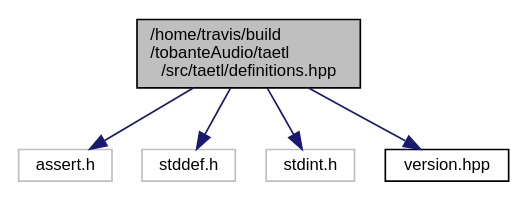
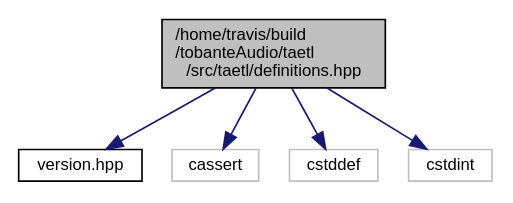
The diagram in definitions_8hpp__incl.dot (tobanteAudio/taetl), drawn with Graphviz before and after one commit. The commit also changed 38 other files, not shown here.

```diff
--- a/definitions_8hpp__incl.dot
+++ b/definitions_8hpp__incl.dot
@@ -1,14 +1,14 @@
 digraph "/home/travis/build/tobanteAudio/taetl/src/taetl/definitions.hpp"
 {
   edge [fontname="Helvetica",fontsize="10",labelfontname="Helvetica",labelfontsize="10"];
   node [fontname="Helvetica",fontsize="10",shape=record];
   Node0 [label="/home/travis/build\l/tobanteAudio/taetl\l/src/taetl/definitions.hpp",height=0.2,width=0.4,color="black", fillcolor="grey75", style="filled", fontcolor="black"];
   Node0 -> Node1 [color="midnightblue",fontsize="10",style="solid",fontname="Helvetica"];
-  Node1 [label="assert.h",height=0.2,width=0.4,color="grey75", fillcolor="white", style="filled"];
+  Node1 [label="version.hpp",height=0.2,width=0.4,color="black", fillcolor="white", style="filled",URL="$version_8hpp.html"];
   Node0 -> Node2 [color="midnightblue",fontsize="10",style="solid",fontname="Helvetica"];
-  Node2 [label="stddef.h",height=0.2,width=0.4,color="grey75", fillcolor="white", style="filled"];
+  Node2 [label="cassert",height=0.2,width=0.4,color="grey75", fillcolor="white", style="filled"];
   Node0 -> Node3 [color="midnightblue",fontsize="10",style="solid",fontname="Helvetica"];
-  Node3 [label="stdint.h",height=0.2,width=0.4,color="grey75", fillcolor="white", style="filled"];
+  Node3 [label="cstddef",height=0.2,width=0.4,color="grey75", fillcolor="white", style="filled"];
   Node0 -> Node4 [color="midnightblue",fontsize="10",style="solid",fontname="Helvetica"];
-  Node4 [label="version.hpp",height=0.2,width=0.4,color="black", fillcolor="white", style="filled",URL="$version_8hpp.html"];
+  Node4 [label="cstdint",height=0.2,width=0.4,color="grey75", fillcolor="white", style="filled"];
 }
```
